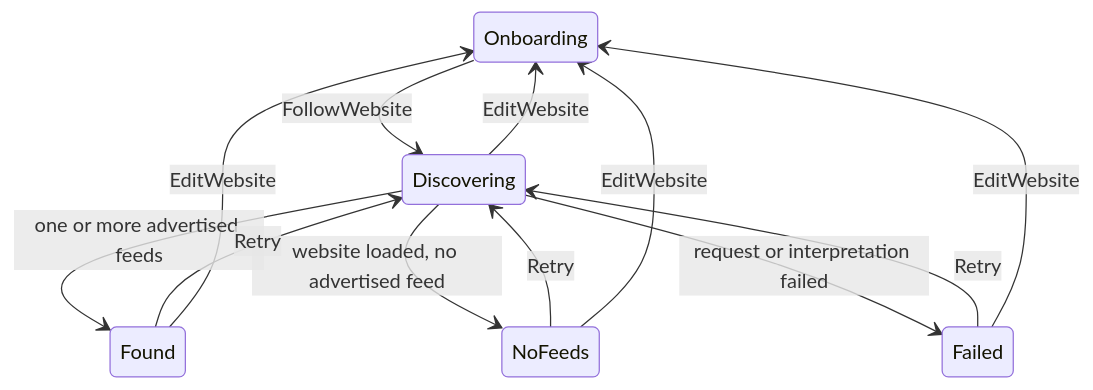
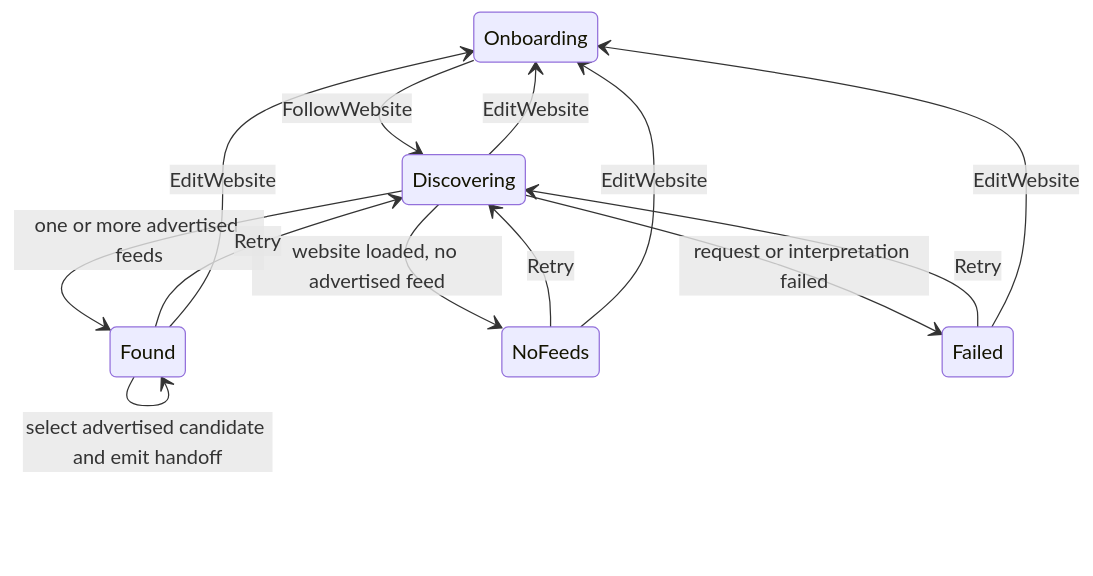
One commit to Smponi/kmpRSS changed the diagram in docs/architecture/feed-discovery-tracer.md. Above: the diagram before and after it, drawn with Mermaid. The commit also changed other lines of this file and 3 other files, not shown here.

Commit message:
docs: record candidate selection handoff

````diff
--- a/docs/architecture/feed-discovery-tracer.md
+++ b/docs/architecture/feed-discovery-tracer.md
@@ -16,14 +17,15 @@
 ```mermaid
 stateDiagram-v2
     Onboarding --> Discovering: FollowWebsite
     Discovering --> Found: one or more advertised feeds
     Discovering --> NoFeeds: website loaded, no advertised feed
     Discovering --> Failed: request or interpretation failed
+    Found --> Found: select advertised candidate and emit handoff
     Found --> Discovering: Retry
     NoFeeds --> Discovering: Retry
     Failed --> Discovering: Retry
     Discovering --> Onboarding: EditWebsite
     Found --> Onboarding: EditWebsite
     NoFeeds --> Onboarding: EditWebsite
     Failed --> Onboarding: EditWebsite
 ```
````
